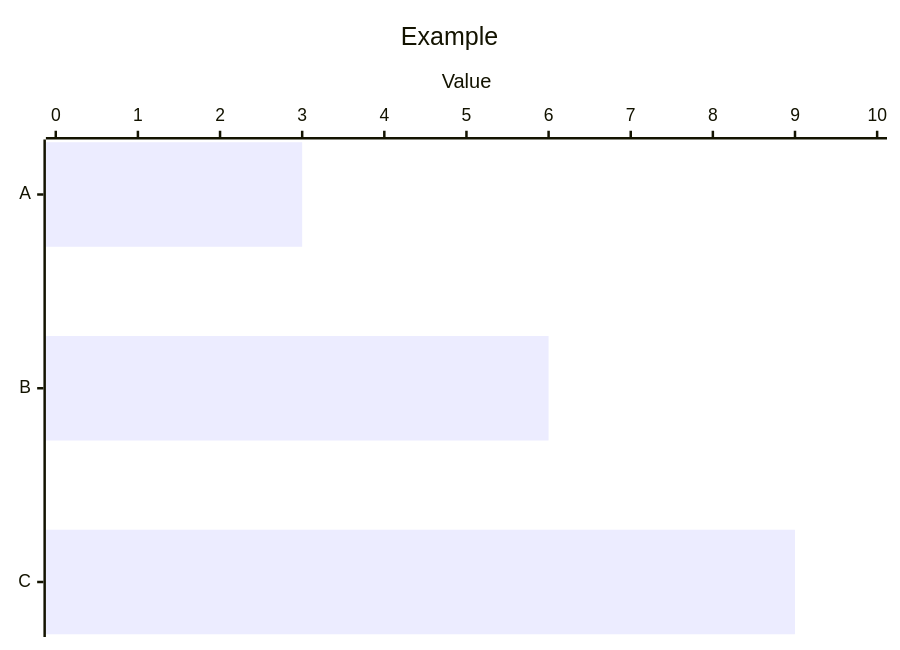
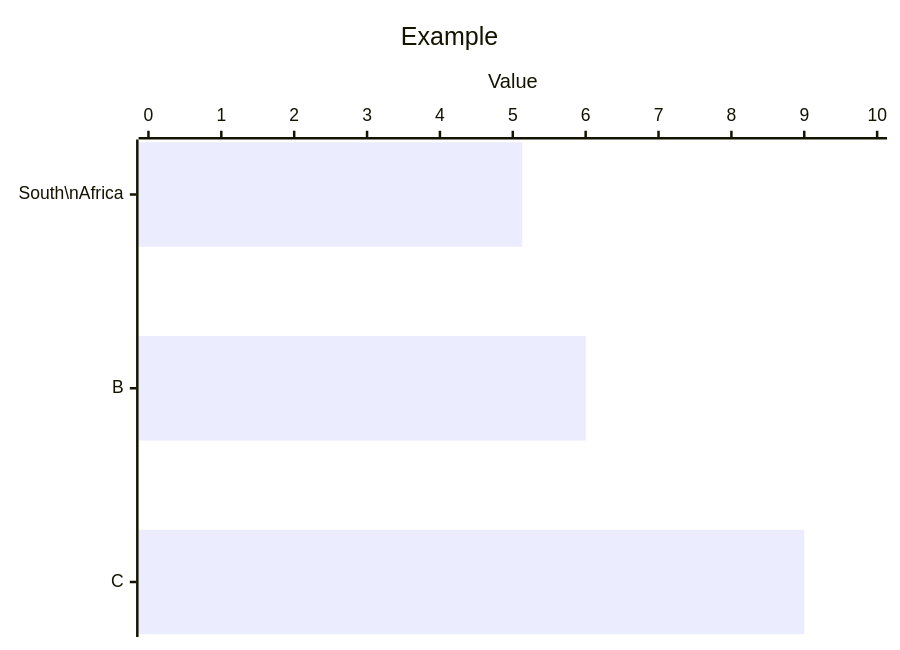
Before and after one commit to Tellusant/docs: the second of 2 diagrams in articles-posts/economic-sentiment-zaf.md, drawn with Mermaid.

```diff
--- a/articles-posts/economic-sentiment-zaf.md
+++ b/articles-posts/economic-sentiment-zaf.md
@@ -59,10 +59,11 @@
 <div class="mermaid">
 
 xychart-beta horizontal
     title "Example"
-    x-axis ["A","B","C"]
+    x-axis ["South\nAfrica","B","C"]
     y-axis "Value" 0 --> 10
-    bar [3,6,9]
+    bar [5.13,6,9]
+    
   
 
     </div>
```
